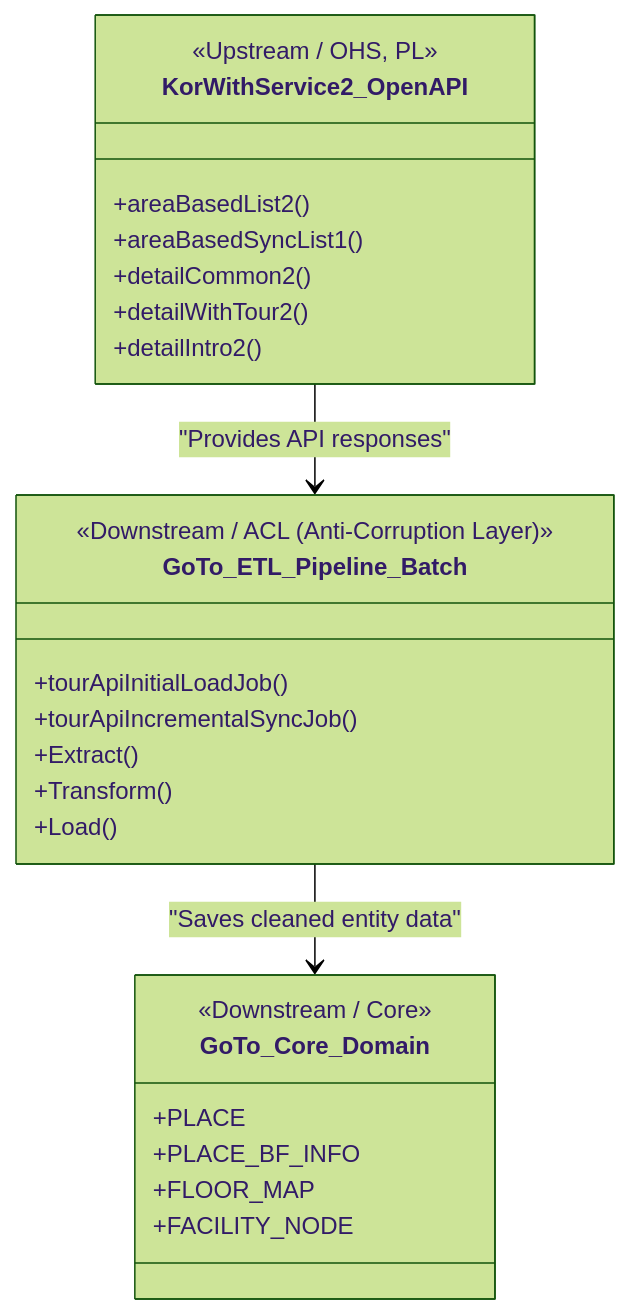
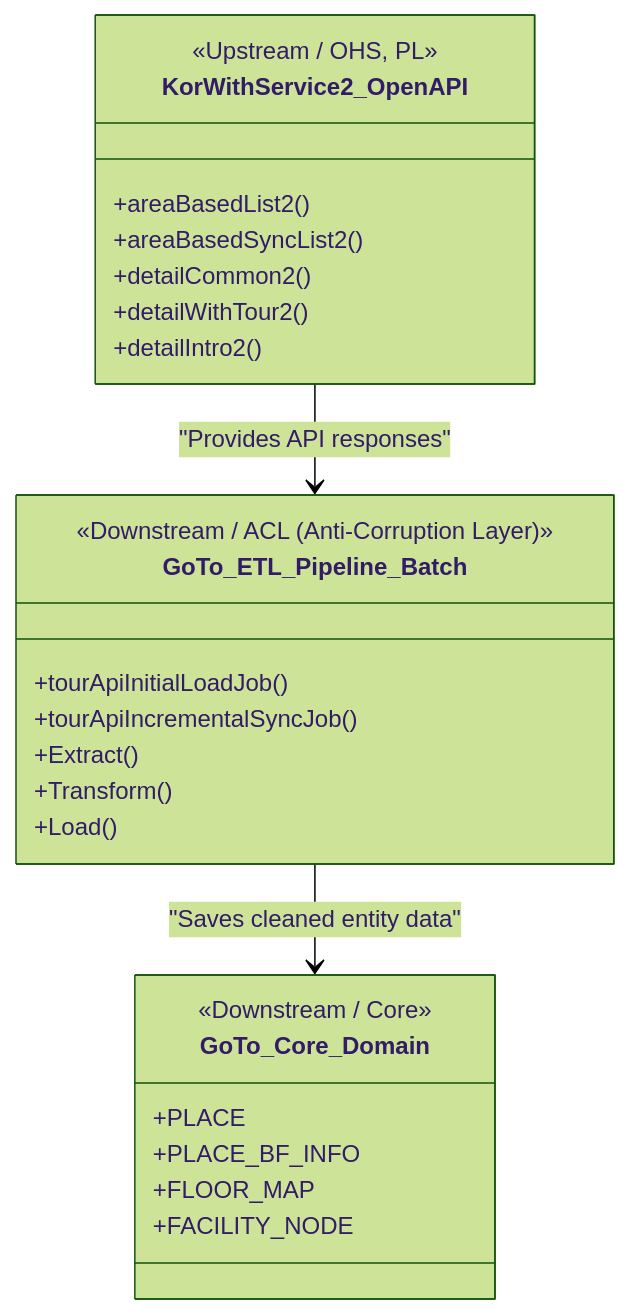
The first of 2 diagrams in docs/context_map.md (Beyond-Imagination/goto-be), drawn with Mermaid (forest theme) before and after one commit. The commit also changed other lines of this file and 5 other files, not shown here.

First line of the commit message:
fix(batch): 증분 동기화 endpoint를 areaBasedSyncList2로 수정한다

````diff
--- a/docs/context_map.md
+++ b/docs/context_map.md
@@ -58,29 +58,29 @@
 ```mermaid
 classDiagram
     class KorWithService2_OpenAPI {
         <<Upstream / OHS, PL>>
         +areaBasedList2()
-        +areaBasedSyncList1()
+        +areaBasedSyncList2()
         +detailCommon2()
         +detailWithTour2()
         +detailIntro2()
     }
     class GoTo_ETL_Pipeline_Batch {
         <<Downstream / ACL (Anti-Corruption Layer)>>
         +tourApiInitialLoadJob()
         +tourApiIncrementalSyncJob()
         +Extract()
         +Transform()
         +Load()
     }
     class GoTo_Core_Domain {
         <<Downstream / Core>>
         +PLACE
         +PLACE_BF_INFO
         +FLOOR_MAP
         +FACILITY_NODE
     }
 
     KorWithService2_OpenAPI --> GoTo_ETL_Pipeline_Batch : "Provides API responses"
     GoTo_ETL_Pipeline_Batch --> GoTo_Core_Domain : "Saves cleaned entity data"
 ```
````
